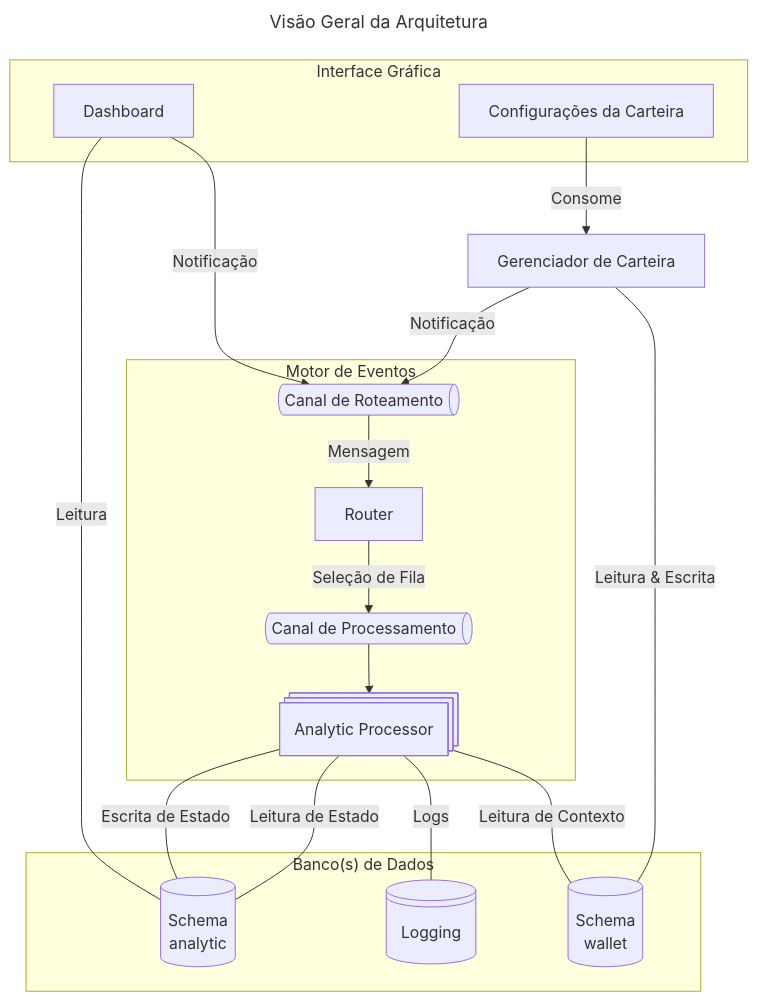
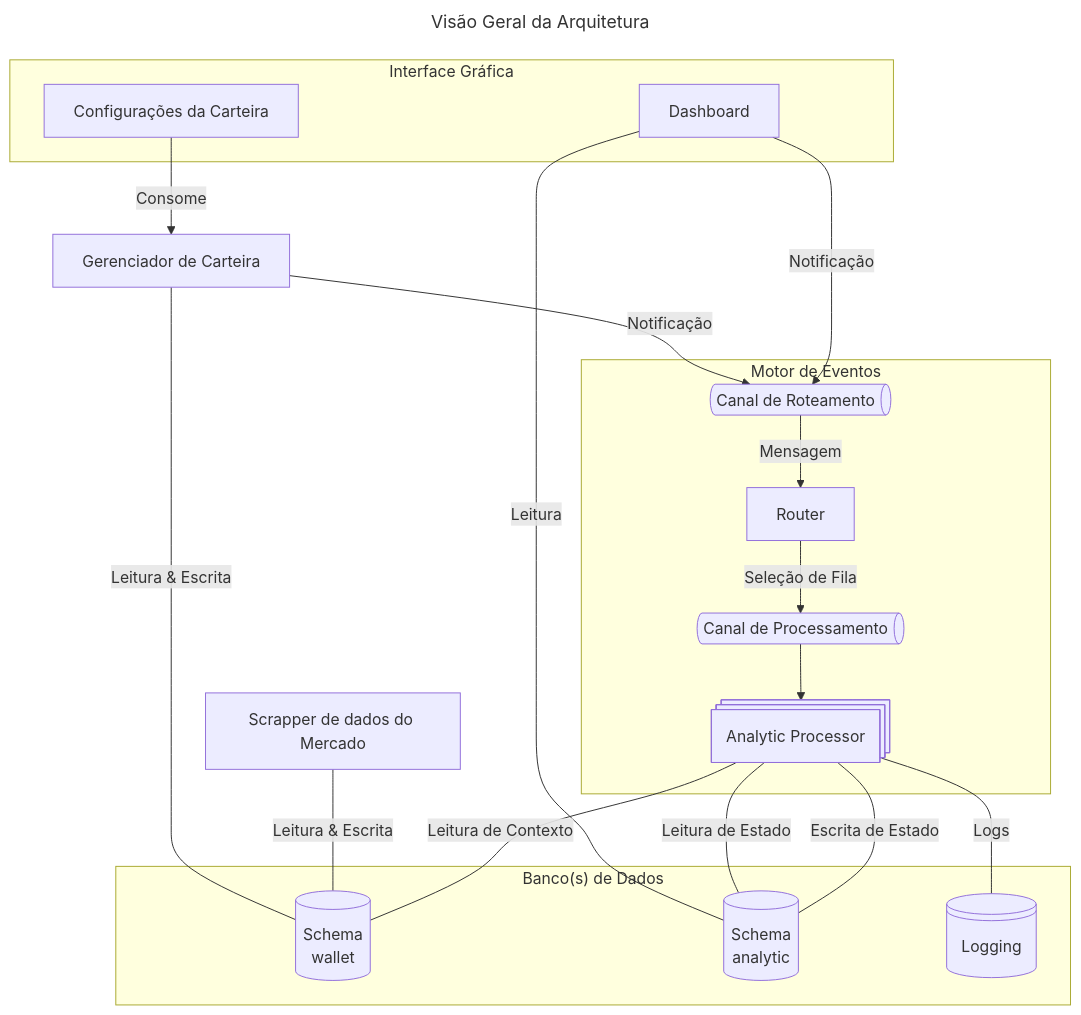
Before and after one commit to moesio-f/invest-earnings-dashboard: the diagram in README.md, drawn with Mermaid. The commit also changed other lines of this file and 2 other files, not shown here.

Commit message:
feat(wip): market-scrapper

````diff
--- a/README.md
+++ b/README.md
@@ -39,38 +39,40 @@
 ```mermaid
 ---
 title: Visão Geral da Arquitetura
 ---
 flowchart TD
     subgraph "Banco(s) de Dados"
         wallet_db[("<p>Schema</p>wallet")]
         analytic_db[("<p>Schema</p>analytic")]
         logging_db@{shape: lin-cyl, label: "Logging"}
     end
     wallet_api[Gerenciador de Carteira]
+    market_scrapper[Scrapper de dados do Mercado]
 
     subgraph Interface Gráfica
         dashboard[Dashboard]
         settings_ui[Configurações da Carteira]
     end
 
     subgraph Motor de Eventos
         router_channel@{shape: das, label: "Canal de Roteamento"}
         processor_channel@{shape: das, label: "Canal de Processamento"}
         router[Router]
         processor@{shape: procs, label: "Analytic Processor"}
 
         router_channel -->|Mensagem| router
         router -->|Seleção de Fila| processor_channel
         processor_channel --> processor
     end
 
     settings_ui -->|Consome| wallet_api
     wallet_api ---|Leitura & Escrita| wallet_db
+    market_scrapper ---|Leitura & Escrita| wallet_db
     wallet_api -->|Notificação| router_channel
     dashboard -->|Notificação| router_channel
     dashboard ---|Leitura| analytic_db
     processor ---|Leitura de Contexto| wallet_db
     processor ---|Logs| logging_db
     processor ---|Leitura de Estado| analytic_db
     processor ---|Escrita de Estado| analytic_db
 ```
````
